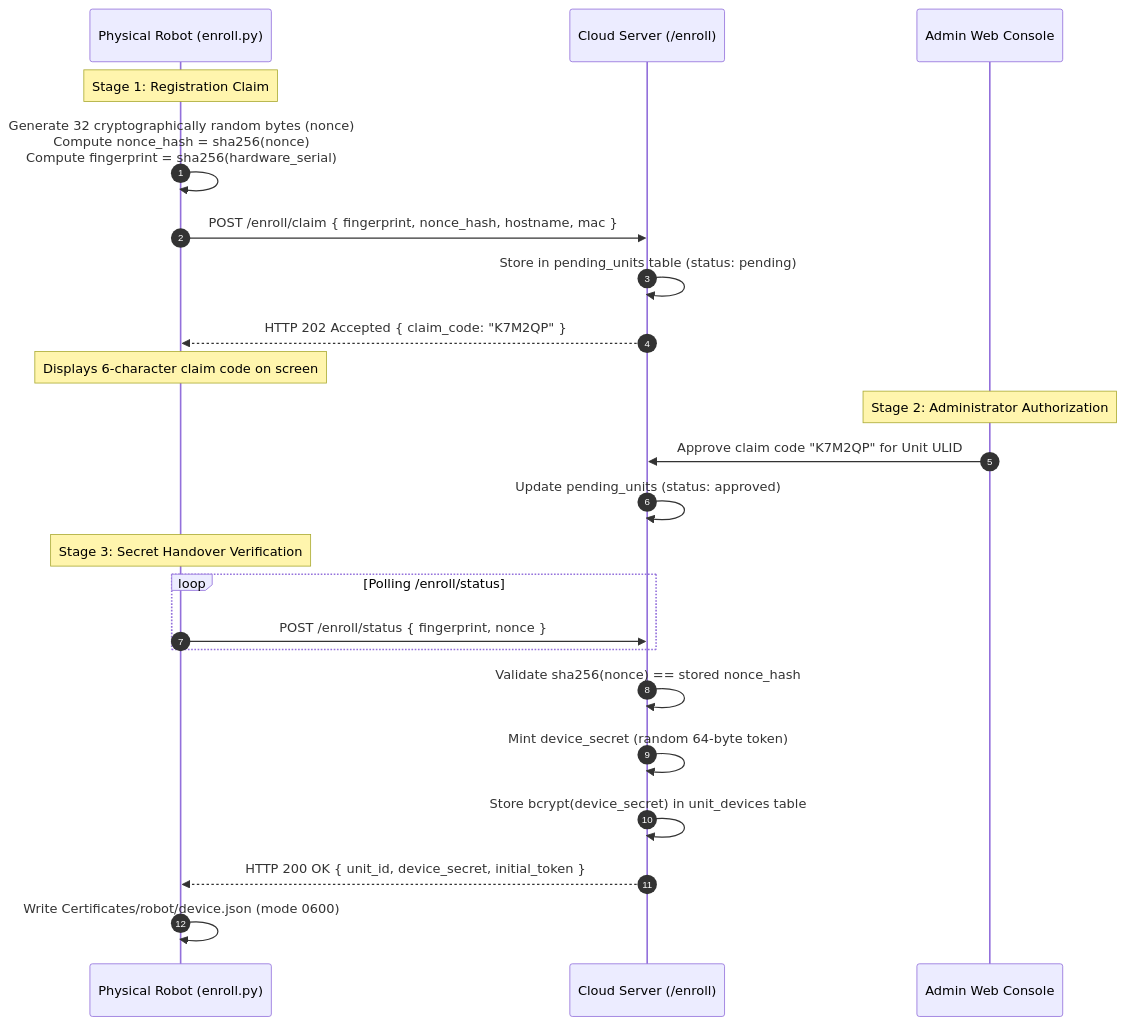
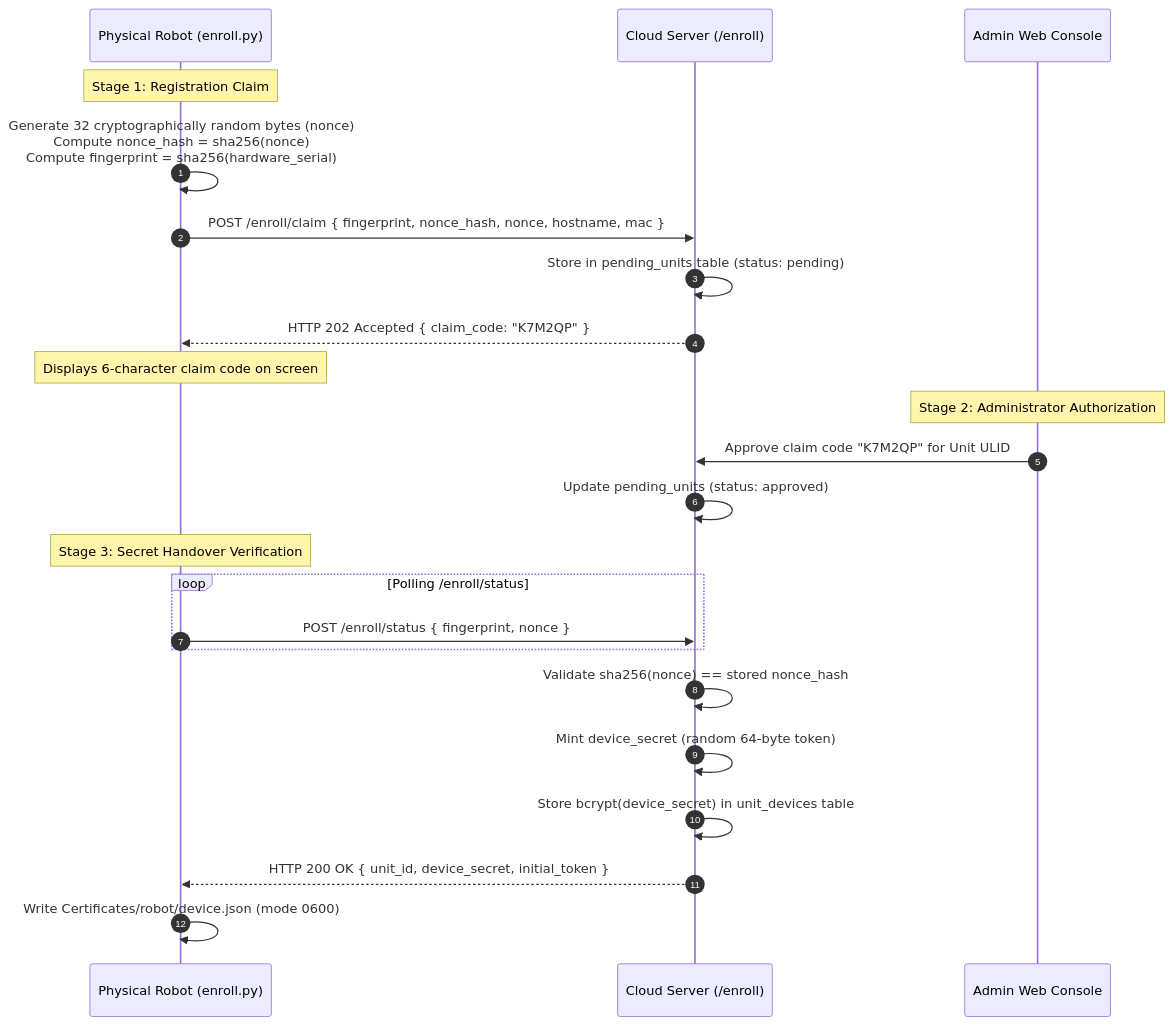
The second of 3 diagrams in docs/development/security-and-auth.md (itbdelaboprogramming/msd700_documentation), drawn with Mermaid before and after one commit. The commit also changed other lines of this file and 2 other files, not shown here.

Commit message:
docs: update architecture and security documentation for token handling and recovery processes

````diff
--- a/docs/development/security-and-auth.md
+++ b/docs/development/security-and-auth.md
@@ -60,28 +60,28 @@
 ```mermaid
 sequenceDiagram
   autonumber
   participant Robot as Physical Robot (enroll.py)
   participant Backend as Cloud Server (/enroll)
   participant Admin as Admin Web Console
 
   Note over Robot: Stage 1: Registration Claim
   Robot->>Robot: Generate 32 cryptographically random bytes (nonce)<br/>Compute nonce_hash = sha256(nonce)<br/>Compute fingerprint = sha256(hardware_serial)
-  Robot->>Backend: POST /enroll/claim { fingerprint, nonce_hash, hostname, mac }
+  Robot->>Backend: POST /enroll/claim { fingerprint, nonce_hash, nonce, hostname, mac }
   Backend->>Backend: Store in pending_units table (status: pending)
   Backend-->>Robot: HTTP 202 Accepted { claim_code: "K7M2QP" }
   Note over Robot: Displays 6-character claim code on screen
 
   Note over Admin: Stage 2: Administrator Authorization
   Admin->>Backend: Approve claim code "K7M2QP" for Unit ULID
   Backend->>Backend: Update pending_units (status: approved)
 
   Note over Robot: Stage 3: Secret Handover Verification
   loop Polling /enroll/status
     Robot->>Backend: POST /enroll/status { fingerprint, nonce }
   end
   Backend->>Backend: Validate sha256(nonce) == stored nonce_hash
   Backend->>Backend: Mint device_secret (random 64-byte token)
   Backend->>Backend: Store bcrypt(device_secret) in unit_devices table
   Backend-->>Robot: HTTP 200 OK { unit_id, device_secret, initial_token }
   Robot->>Robot: Write Certificates/robot/device.json (mode 0600)
 ```
````
